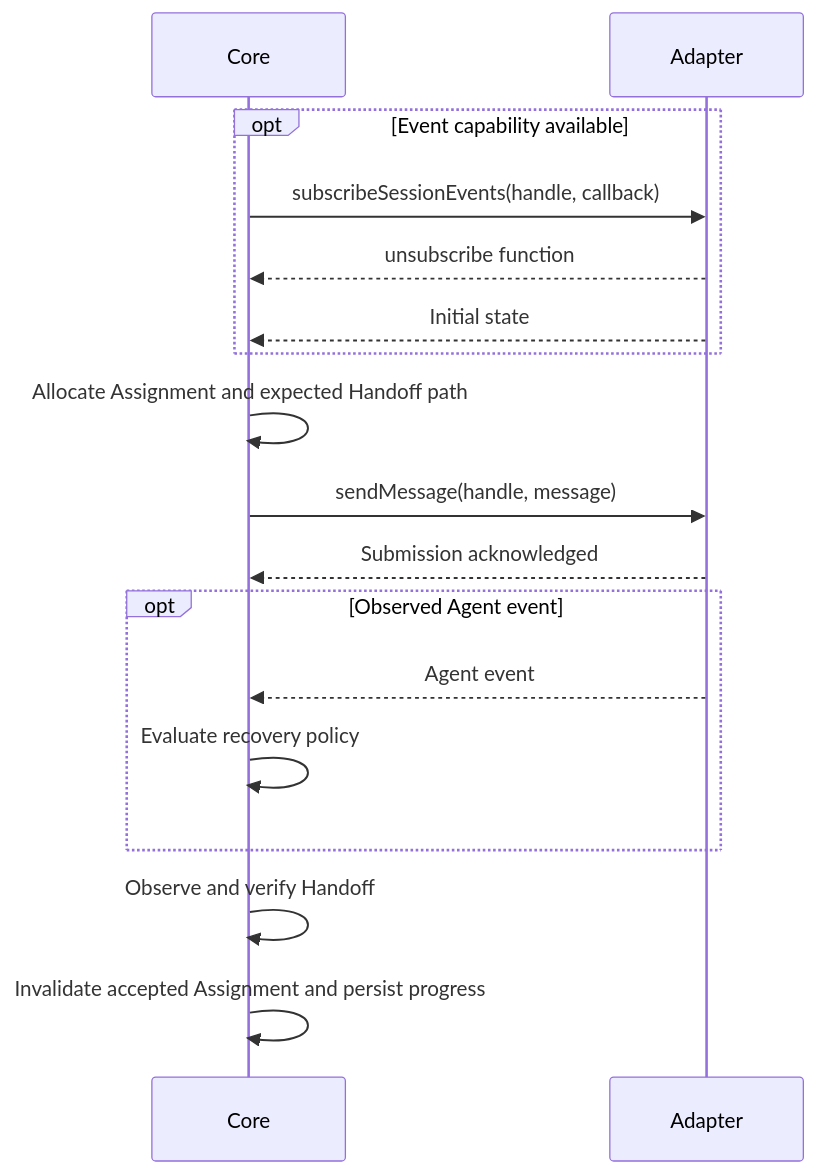
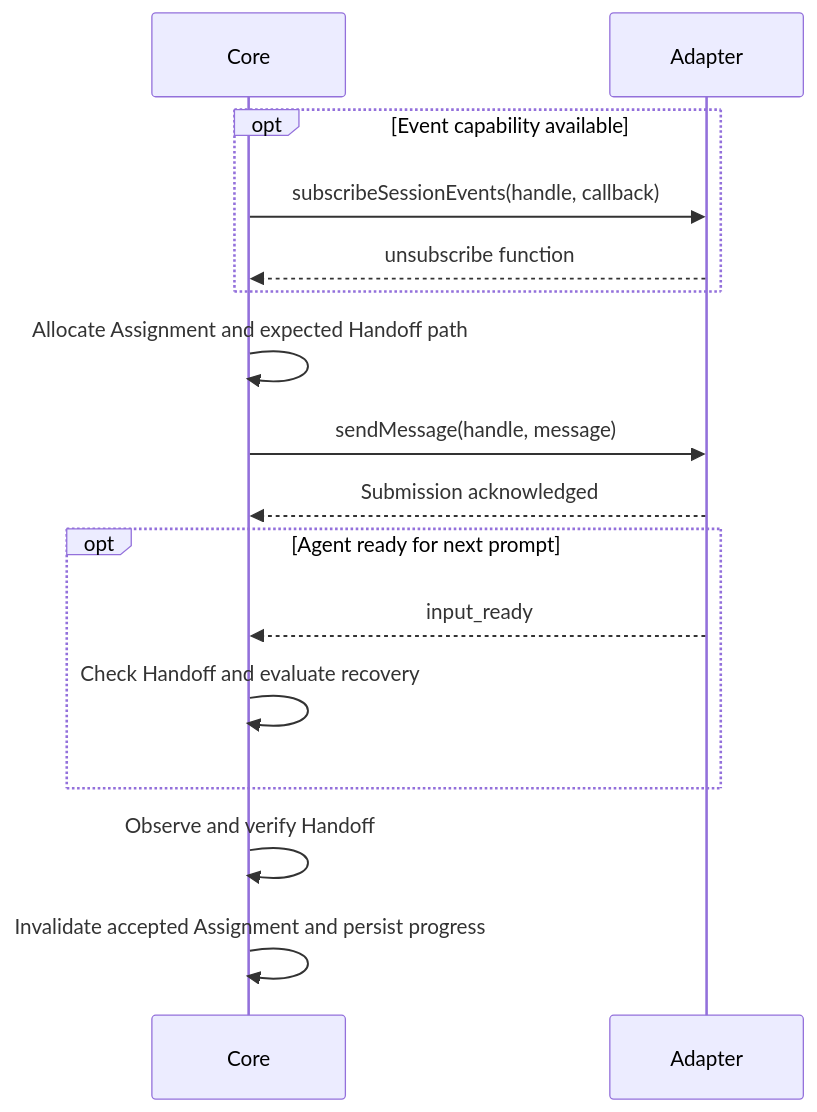
The fourth of 6 diagrams in docs/terminal-contract.md (BuddyLabsCo/issue-runner-core), drawn with Mermaid before and after one commit. The commit also changed other lines of this file and 1 other file, not shown here.

Commit message:
docs: simplify agent events and pause ownership

````diff
--- a/docs/terminal-contract.md
+++ b/docs/terminal-contract.md
@@ -562,19 +541,18 @@
 ```mermaid
 sequenceDiagram
     participant Core
     participant Adapter
     opt Event capability available
         Core->>Adapter: subscribeSessionEvents(handle, callback)
         Adapter-->>Core: unsubscribe function
-        Adapter-->>Core: Initial state
     end
     Core->>Core: Allocate Assignment and expected Handoff path
     Core->>Adapter: sendMessage(handle, message)
     Adapter-->>Core: Submission acknowledged
-    opt Observed Agent event
-        Adapter-->>Core: Agent event
-        Core->>Core: Evaluate recovery policy
+    opt Agent ready for next prompt
+        Adapter-->>Core: input_ready
+        Core->>Core: Check Handoff and evaluate recovery
     end
     Core->>Core: Observe and verify Handoff
     Core->>Core: Invalidate accepted Assignment and persist progress
 ```
````
